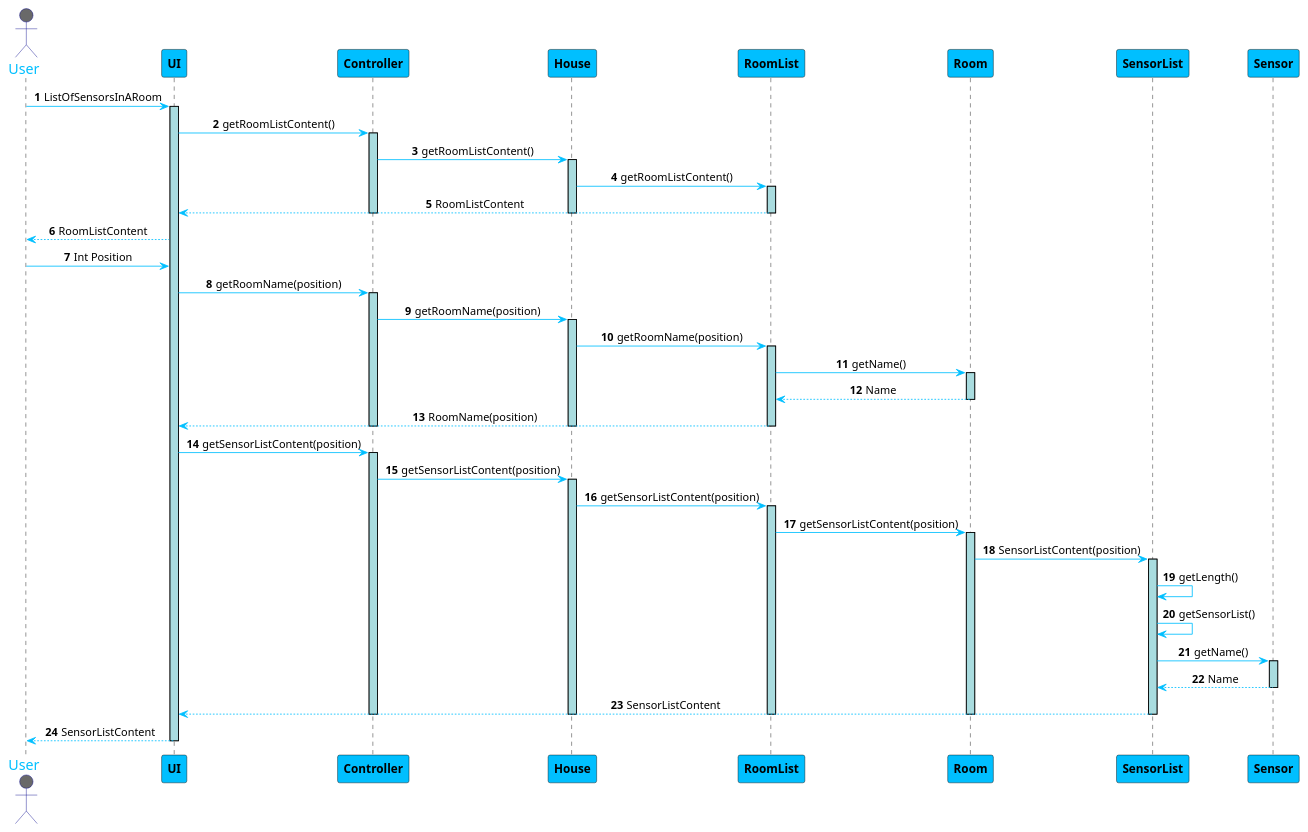
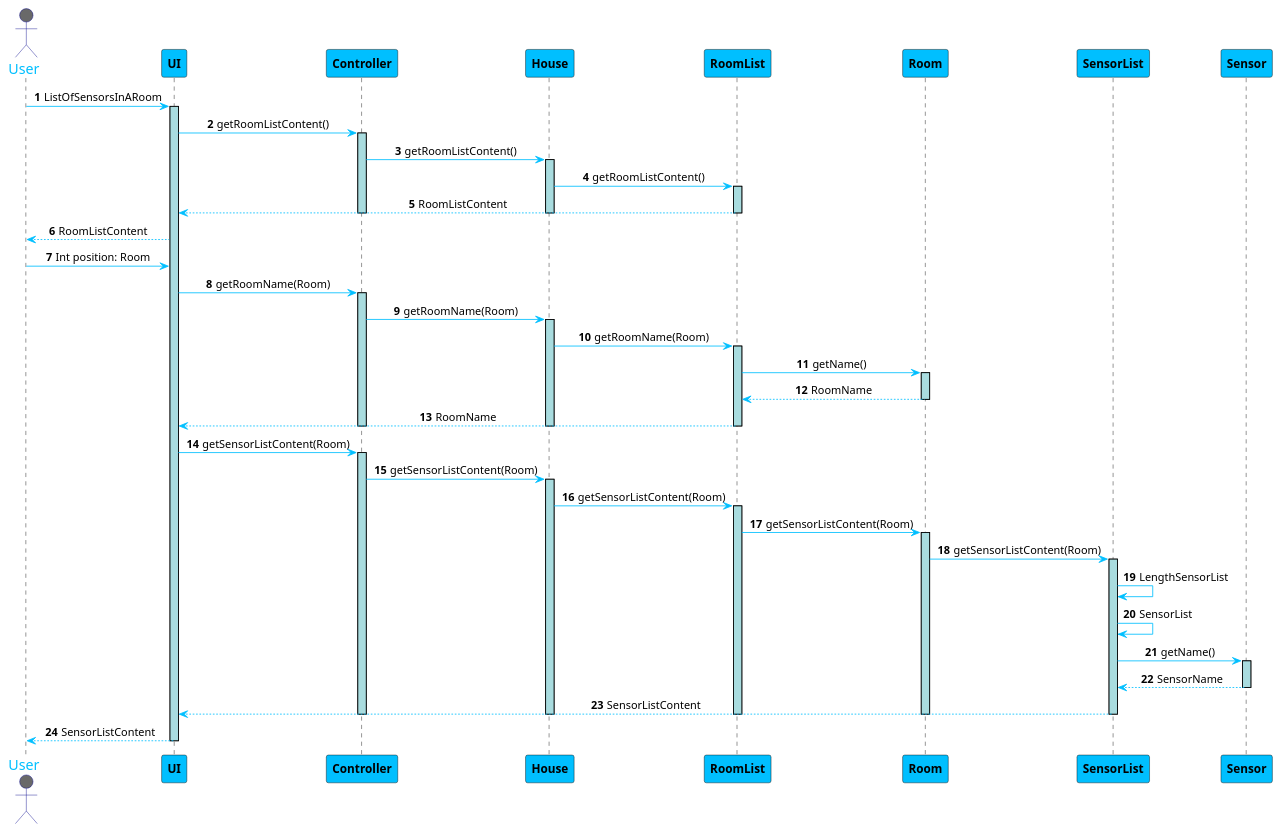
Before and after one commit to 1181687/hateoasToy: the diagram in src/Docs/GetListOfSensorsRoom.puml, drawn with PlantUML. The commit also changed 1 other file, not shown here.

Commit message:
Added test on MeasurableObjectsList class

```diff
--- a/src/Docs/GetListOfSensorsRoom.puml
+++ b/src/Docs/GetListOfSensorsRoom.puml
@@ -1,94 +1,96 @@
 @startuml
 skinparam sequenceMessageAlign center
 skinparam sequence {
 	ArrowColor DeepSkyBlue
 	ActorBorderColor DarkBlue
 	LifeLineBorderColor black
 	LifeLineBackgroundColor #A9DCDF
 
 	ParticipantBorderColor Black
 	ParticipantBackgroundColor DeepSkyBlue
 	ParticipantFontStyle Bold
 
 	ActorBackgroundColor DimGrey
 	ActorFontColor DeepSkyBlue
 	ActorFontSize 17
 	ActorFontName Aapex
 }
 
 autonumber
 actor User
 User -> UI: ListOfSensorsInARoom
 activate UI
 
 UI -> Controller: getRoomListContent()
 activate Controller
 
 Controller -> House: getRoomListContent()
 activate House
 
 House -> RoomList: getRoomListContent()
 activate RoomList
 
 UI <-- RoomList: RoomListContent
 deactivate RoomList
 deactivate House
 deactivate Controller
 
 User <-- UI: RoomListContent
 
 
-User -> UI: Int Position
-UI -> Controller: getRoomName(position)
+User -> UI: Int position: Room
+UI -> Controller: getRoomName(Room)
 
 activate Controller
-Controller -> House: getRoomName(position)
+Controller -> House: getRoomName(Room)
 
 activate House
-House -> RoomList: getRoomName(position)
+House -> RoomList: getRoomName(Room)
 
 activate RoomList
 RoomList -> Room: getName()
 
 activate Room
-RoomList <-- Room: Name
+RoomList <-- Room: RoomName
 
 deactivate Room
-UI <-- RoomList: RoomName(position)
+UI <-- RoomList: RoomName
 deactivate RoomList
 deactivate House
 deactivate Controller
 
 
-UI -> Controller: getSensorListContent(position)
+UI -> Controller: getSensorListContent(Room)
 activate Controller
-Controller -> House: getSensorListContent(position)
+
+Controller -> House: getSensorListContent(Room)
 activate House
-House -> RoomList: getSensorListContent(position)
+
+House -> RoomList: getSensorListContent(Room)
 activate RoomList
-RoomList -> Room: getSensorListContent(position)
+
+RoomList -> Room: getSensorListContent(Room)
 activate Room
-Room -> SensorList: SensorListContent(position)
+
+Room -> SensorList: getSensorListContent(Room)
 activate SensorList
 
-SensorList -> SensorList: getLength()
-SensorList -> SensorList: getSensorList()
+SensorList -> SensorList: LengthSensorList
+SensorList -> SensorList: SensorList
 SensorList -> Sensor: getName()
 activate Sensor
 
-SensorList <-- Sensor: Name
+SensorList <-- Sensor: SensorName
 deactivate Sensor
 
 UI <-- SensorList: SensorListContent
 deactivate SensorList
 deactivate Room
 deactivate RoomList
 deactivate House
 deactivate Controller
 
 User <-- UI: SensorListContent
 deactivate UI
 
-
-
 @enduml
```
